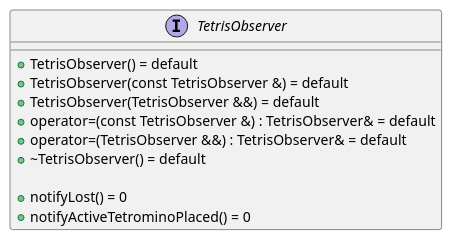
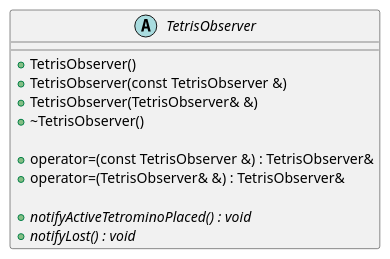
The diagram in doc/uml/class/game/tetris_lib/TetrisObserverClass.plantuml (ulb-info2-group5/Royal-Blocks), drawn with PlantUML before and after one commit. The commit also changed 74 other files, not shown here.

```diff
--- a/doc/uml/class/game/tetris_lib/TetrisObserverClass.plantuml
+++ b/doc/uml/class/game/tetris_lib/TetrisObserverClass.plantuml
@@ -2,13 +2,14 @@
 @startuml (id = TetrisObserver)
-interface TetrisObserver {
-    + TetrisObserver() = default
-    + TetrisObserver(const TetrisObserver &) = default
-    + TetrisObserver(TetrisObserver &&) = default
-    + operator=(const TetrisObserver &) : TetrisObserver& = default
-    + operator=(TetrisObserver &&) : TetrisObserver& = default
-    + ~TetrisObserver() = default
-    
-    + notifyLost() = 0
-    + notifyActiveTetrominoPlaced() = 0
+abstract class TetrisObserver {
+	+TetrisObserver()
+	+TetrisObserver(const TetrisObserver &)
+	+TetrisObserver(TetrisObserver& &)
+	+~TetrisObserver()
+
+	+operator=(const TetrisObserver &) : TetrisObserver&
+	+operator=(TetrisObserver& &) : TetrisObserver&
+	
+	+{abstract} notifyActiveTetrominoPlaced() : void
+	+{abstract} notifyLost() : void
 }
 @enduml
```
